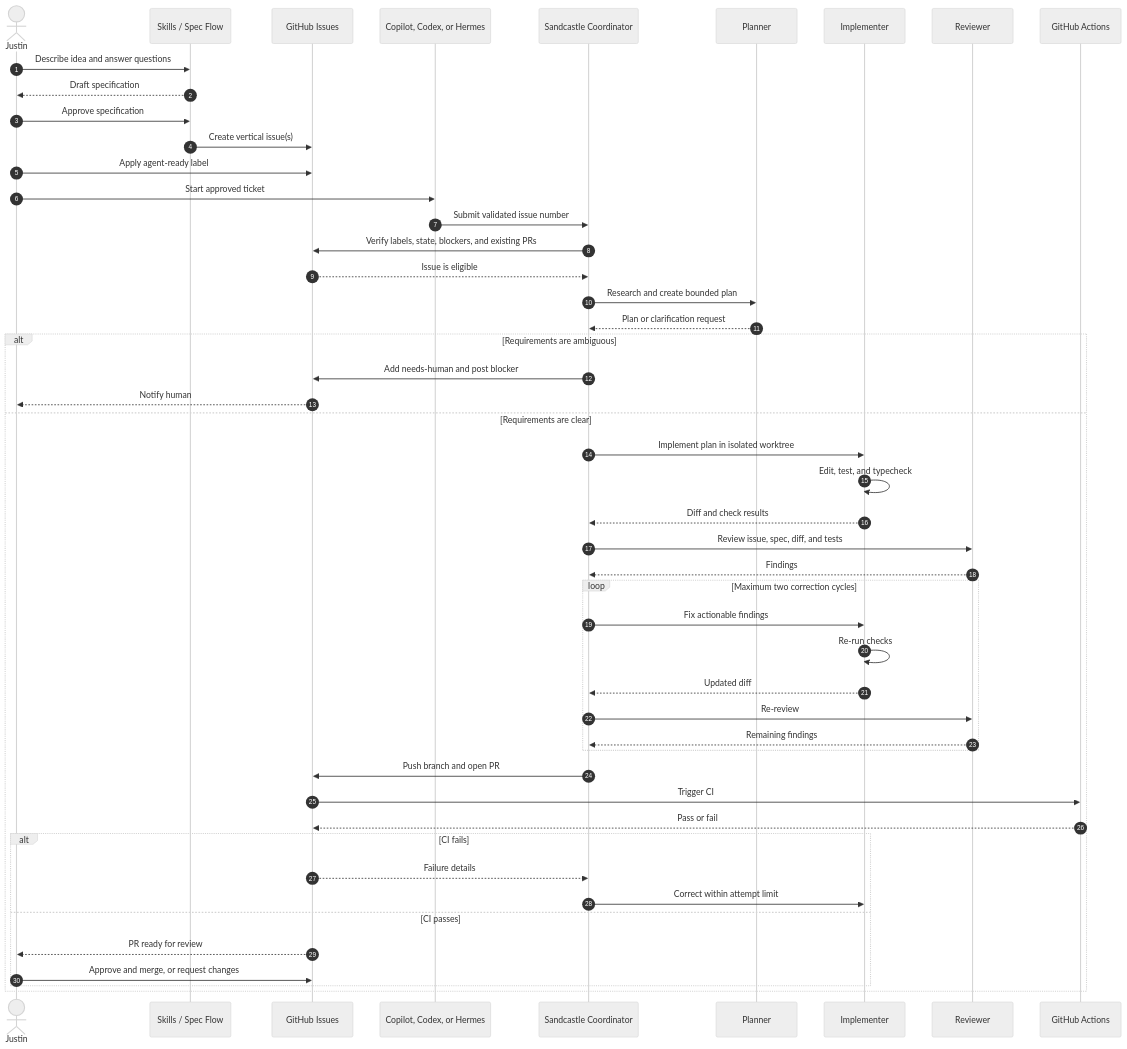
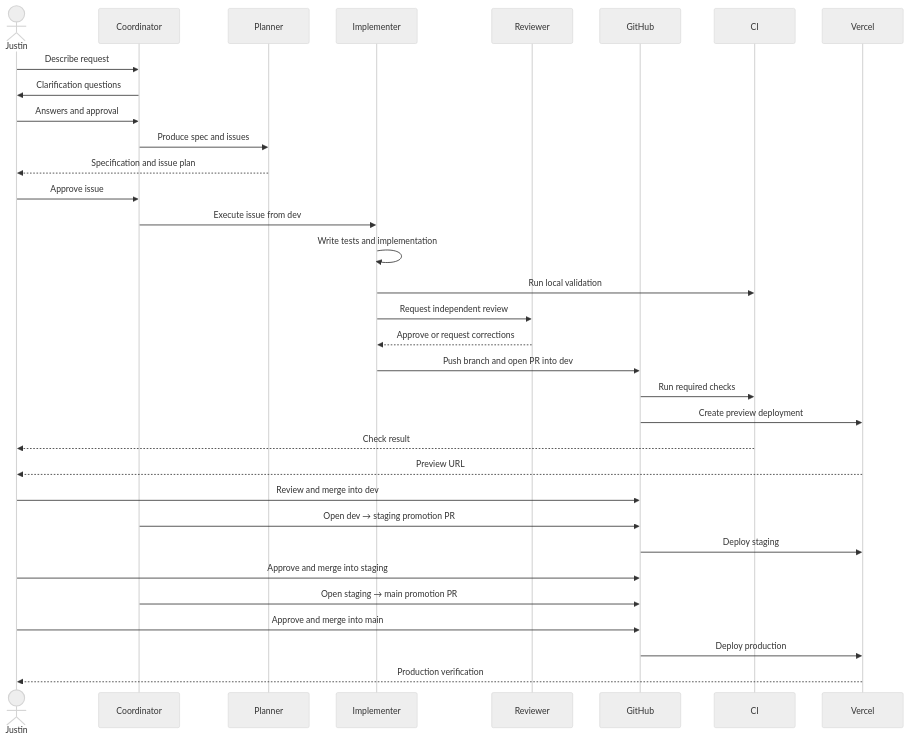
The sixth of 6 diagrams in README.md (oneezy/agent-workflow), drawn with Mermaid (neutral theme) before and after one commit. The commit also changed other lines of this file, not shown here.

Commit message:
docs: rewrite lab as AI-first workflow with staged deployment

````diff
--- a/README.md
+++ b/README.md
@@ -2734,59 +1251,36 @@
 ```mermaid
 sequenceDiagram
-  autonumber
   actor Justin
-  participant Skills as Skills / Spec Flow
-  participant GitHub as GitHub Issues
-  participant Control as Copilot, Codex, or Hermes
-  participant Worker as Sandcastle Coordinator
-  participant Planner
-  participant Builder as Implementer
-  participant Reviewer
-  participant CI as GitHub Actions
+  participant Coord as Coordinator
+  participant Plan as Planner
+  participant Impl as Implementer
+  participant Rev as Reviewer
+  participant GH as GitHub
+  participant CI as CI
+  participant V as Vercel
 
-  Justin->>Skills: Describe idea and answer questions
-  Skills-->>Justin: Draft specification
-  Justin->>Skills: Approve specification
-  Skills->>GitHub: Create vertical issue(s)
-  Justin->>GitHub: Apply agent-ready label
-
-  Justin->>Control: Start approved ticket
-  Control->>Worker: Submit validated issue number
-  Worker->>GitHub: Verify labels, state, blockers, and existing PRs
-  GitHub-->>Worker: Issue is eligible
-
-  Worker->>Planner: Research and create bounded plan
-  Planner-->>Worker: Plan or clarification request
-
-  alt Requirements are ambiguous
-    Worker->>GitHub: Add needs-human and post blocker
-    GitHub-->>Justin: Notify human
-  else Requirements are clear
-    Worker->>Builder: Implement plan in isolated worktree
-    Builder->>Builder: Edit, test, and typecheck
-    Builder-->>Worker: Diff and check results
-
-    Worker->>Reviewer: Review issue, spec, diff, and tests
-    Reviewer-->>Worker: Findings
-
-    loop Maximum two correction cycles
-      Worker->>Builder: Fix actionable findings
-      Builder->>Builder: Re-run checks
-      Builder-->>Worker: Updated diff
-      Worker->>Reviewer: Re-review
-      Reviewer-->>Worker: Remaining findings
-    end
-
-    Worker->>GitHub: Push branch and open PR
-    GitHub->>CI: Trigger CI
-    CI-->>GitHub: Pass or fail
-
-    alt CI fails
-      GitHub-->>Worker: Failure details
-      Worker->>Builder: Correct within attempt limit
-    else CI passes
-      GitHub-->>Justin: PR ready for review
-      Justin->>GitHub: Approve and merge, or request changes
-    end
-  end
+  Justin->>Coord: Describe request
+  Coord->>Justin: Clarification questions
+  Justin->>Coord: Answers and approval
+  Coord->>Plan: Produce spec and issues
+  Plan-->>Justin: Specification and issue plan
+  Justin->>Coord: Approve issue
+  Coord->>Impl: Execute issue from dev
+  Impl->>Impl: Write tests and implementation
+  Impl->>CI: Run local validation
+  Impl->>Rev: Request independent review
+  Rev-->>Impl: Approve or request corrections
+  Impl->>GH: Push branch and open PR into dev
+  GH->>CI: Run required checks
+  GH->>V: Create preview deployment
+  CI-->>Justin: Check result
+  V-->>Justin: Preview URL
+  Justin->>GH: Review and merge into dev
+  Coord->>GH: Open dev → staging promotion PR
+  GH->>V: Deploy staging
+  Justin->>GH: Approve and merge into staging
+  Coord->>GH: Open staging → main promotion PR
+  Justin->>GH: Approve and merge into main
+  GH->>V: Deploy production
+  V-->>Justin: Production verification
 ```
````
